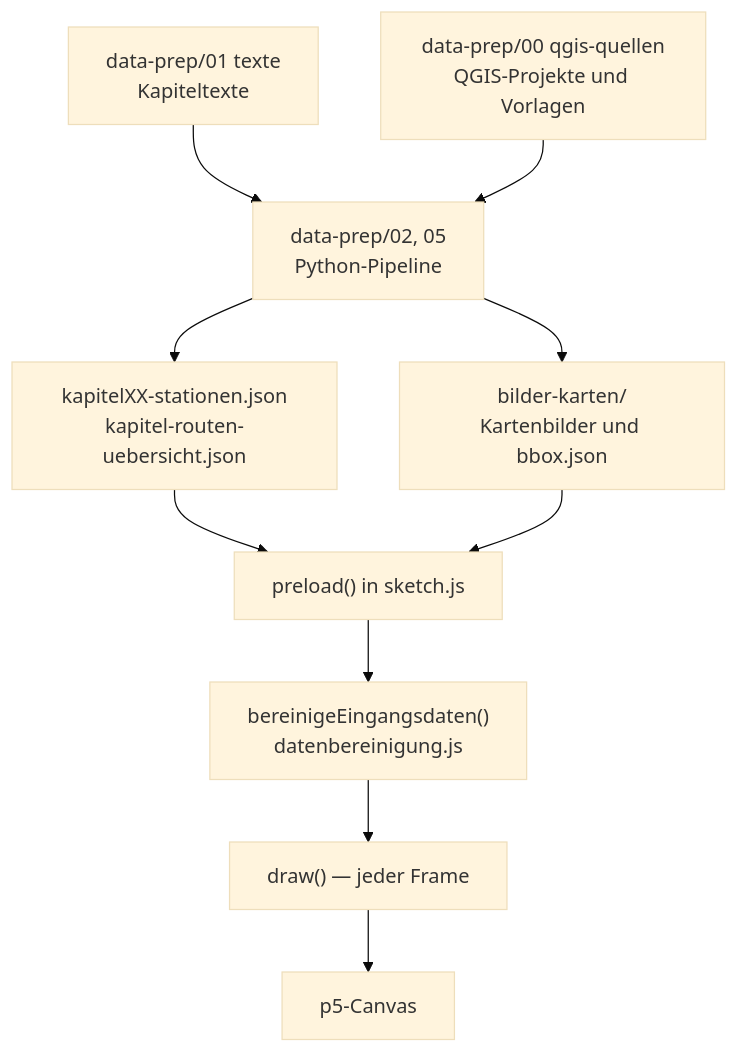
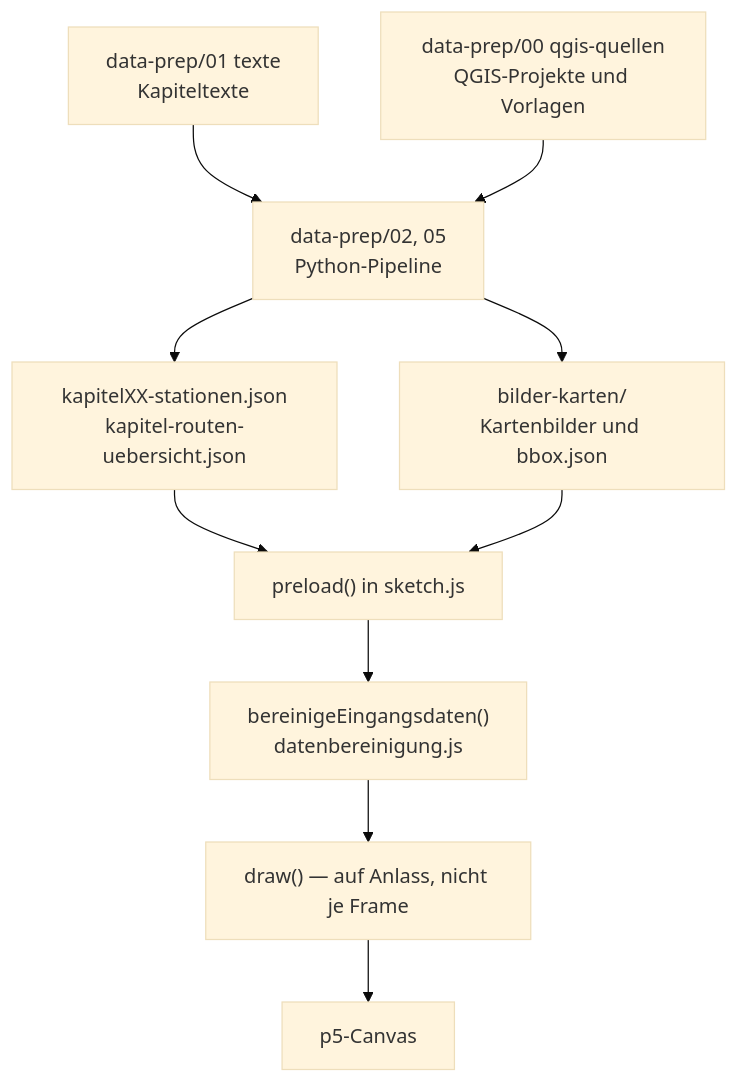
The second of 2 diagrams in docs/architektur.md (charis-arnold/bel-ami), drawn with Mermaid (base theme) before and after one commit. The commit also changed other lines of this file and 1 other file, not shown here.

````diff
--- a/docs/architektur.md
+++ b/docs/architektur.md
@@ -574,12 +617,12 @@
 ```mermaid
 graph TD
     TXT["data-prep/01 texte<br/>Kapiteltexte"] --> PY["data-prep/02, 05<br/>Python-Pipeline"]
     QGIS["data-prep/00 qgis-quellen<br/>QGIS-Projekte und Vorlagen"] --> PY
     PY --> JSON["kapitelXX-stationen.json<br/>kapitel-routen-uebersicht.json"]
     PY --> BILD["bilder-karten/<br/>Kartenbilder und bbox.json"]
     JSON --> PRE["preload() in sketch.js"]
     BILD --> PRE
     PRE --> BER["bereinigeEingangsdaten()<br/>datenbereinigung.js"]
-    BER --> DRAW["draw() — jeder Frame"]
+    BER --> DRAW["draw() — auf Anlass, nicht je Frame"]
     DRAW --> CANVAS["p5-Canvas"]
 ```
````
